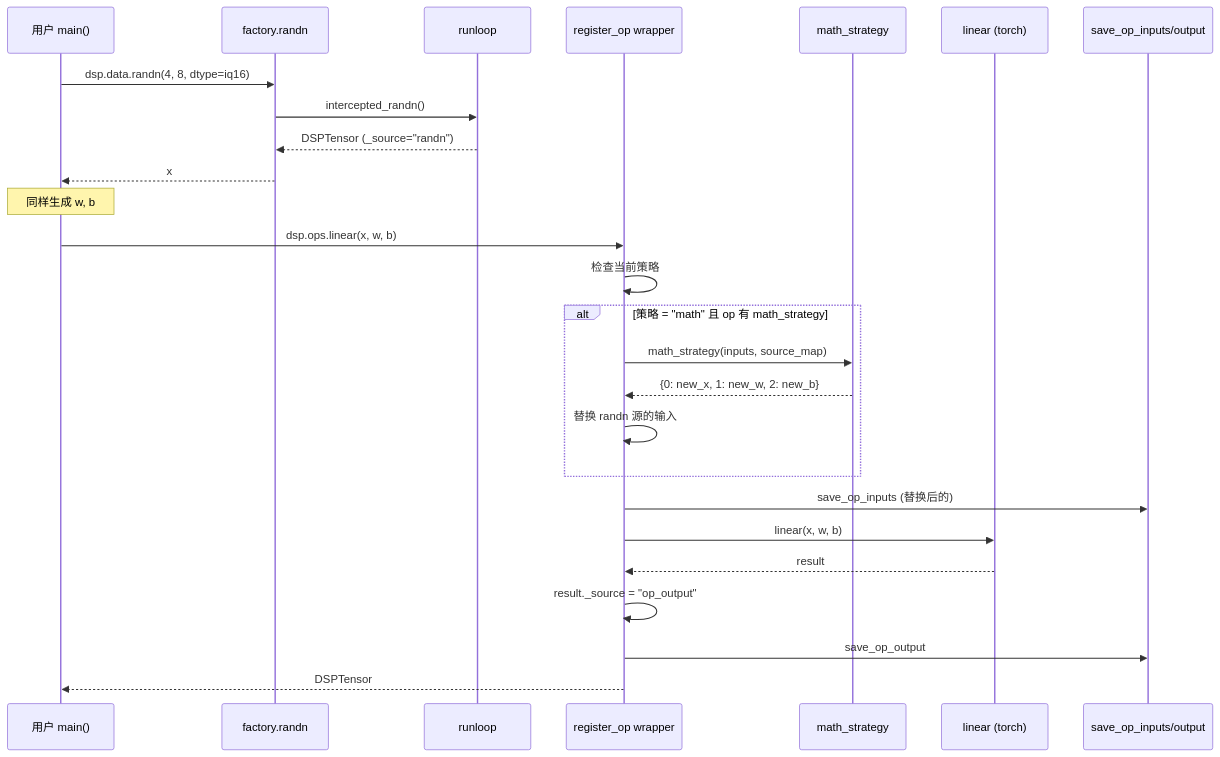
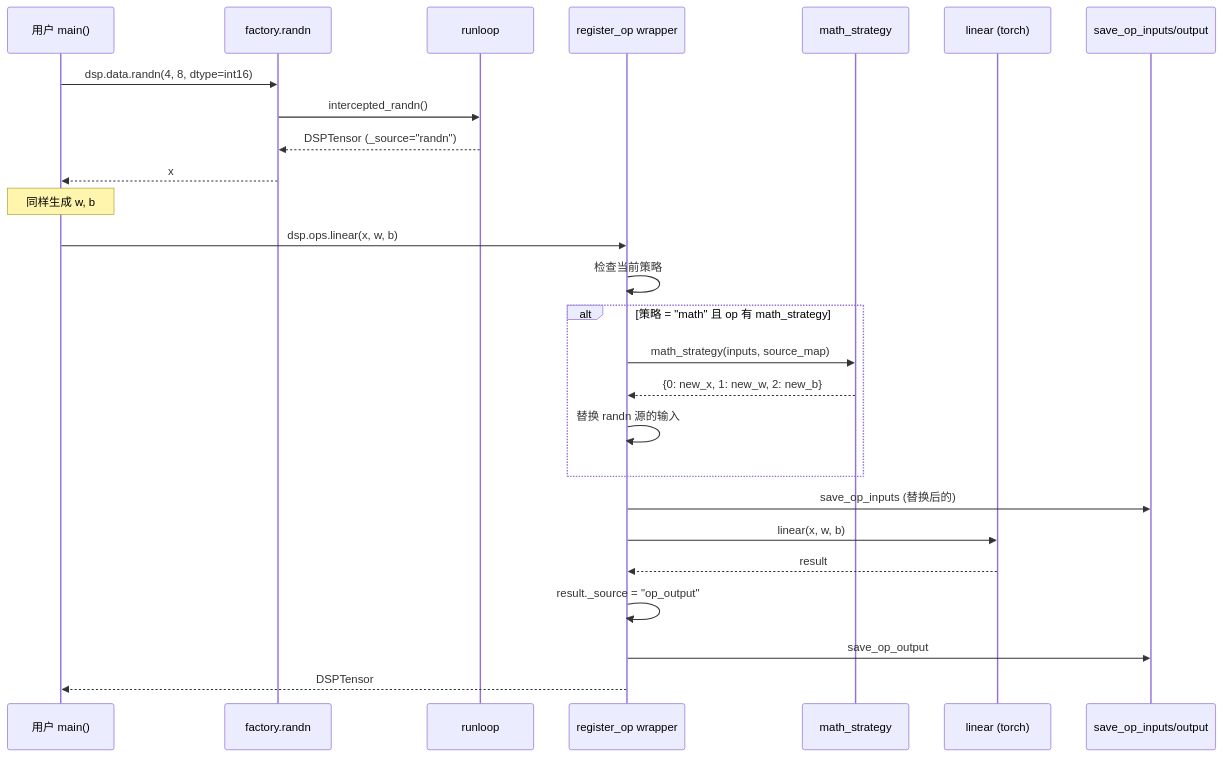
One commit to xshii/aihelper changed the third of 10 diagrams in projects/dsp-core/docs/architecture.md. Above: the diagram before and after it, drawn with Mermaid. The commit also changed other lines of this file and 43 other files, not shown here.

````diff
--- a/projects/dsp-core/docs/architecture.md
+++ b/projects/dsp-core/docs/architecture.md
@@ -86,31 +85,31 @@
 ```mermaid
 sequenceDiagram
     participant U as 用户 main()
     participant F as factory.randn
     participant RL as runloop
     participant W as register_op wrapper
     participant MS as math_strategy
     participant OP as linear (torch)
     participant IO as save_op_inputs/output
 
-    U->>F: dsp.data.randn(4, 8, dtype=iq16)
+    U->>F: dsp.data.randn(4, 8, dtype=int16)
     F->>RL: intercepted_randn()
     RL-->>F: DSPTensor (_source="randn")
     F-->>U: x
 
     Note over U: 同样生成 w, b
 
     U->>W: dsp.ops.linear(x, w, b)
     W->>W: 检查当前策略
     alt 策略 = "math" 且 op 有 math_strategy
         W->>MS: math_strategy(inputs, source_map)
         MS-->>W: {0: new_x, 1: new_w, 2: new_b}
         W->>W: 替换 randn 源的输入
     end
     W->>IO: save_op_inputs (替换后的)
     W->>OP: linear(x, w, b)
     OP-->>W: result
     W->>W: result._source = "op_output"
     W->>IO: save_op_output
     W-->>U: DSPTensor
 ```
````
